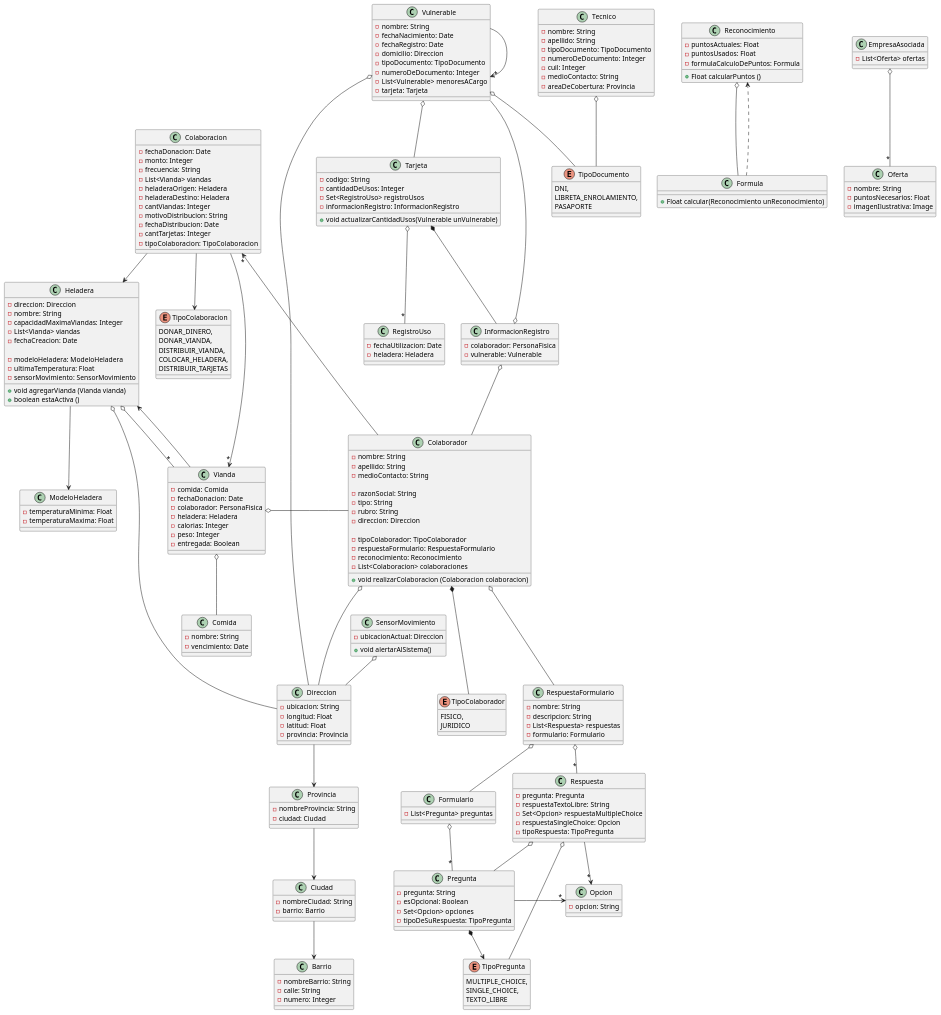
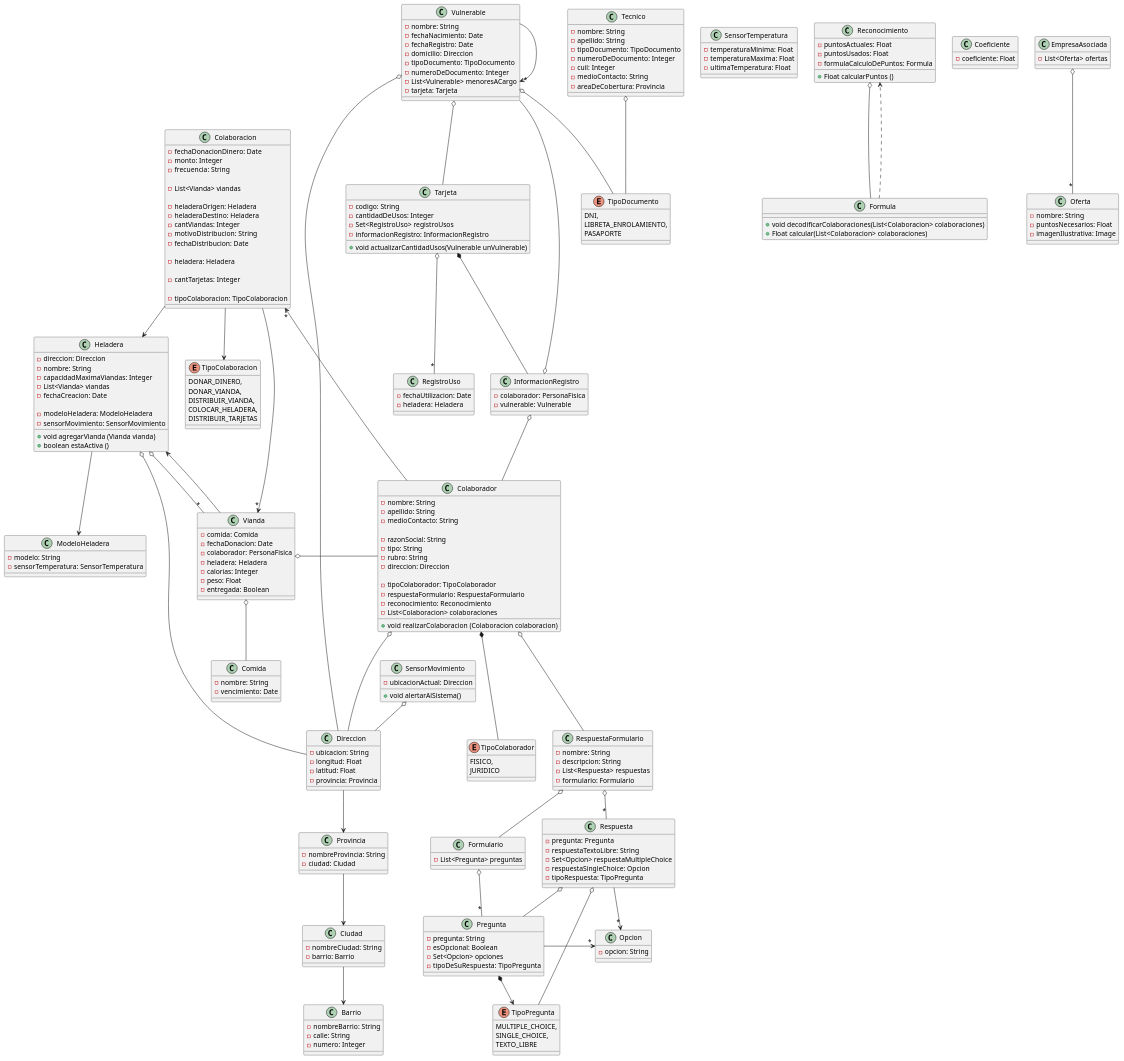
The diagram in diagrams/domain/diagrama-clases.puml (santymendez/tp-dds-2024), drawn with PlantUML before and after one commit. The commit also changed 2 other files, not shown here.

Commit message:
refactor diagrama de clases

```diff
--- a/diagrams/domain/diagrama-clases.puml
+++ b/diagrams/domain/diagrama-clases.puml
@@ -9,9 +8,7 @@
     -List<Vianda> viandas
     -fechaCreacion: Date
 
-    'TODO'
     -modeloHeladera: ModeloHeladera
-    -ultimaTemperatura: Float
     -sensorMovimiento: SensorMovimiento
 
     +void agregarVianda (Vianda vianda)
@@ -47,7 +44,7 @@
     -colaborador: PersonaFisica
     -heladera: Heladera
     -calorias: Integer
-    -peso: Integer
+    -peso: Float
     -entregada: Boolean
 }
 
@@ -129,16 +126,27 @@
 }
 
 class Colaboracion {
-    -fechaDonacion: Date
+    'DONAR_DINERO'
+    -fechaDonacionDinero: Date
     -monto: Integer
     -frecuencia: String
+
+    'DONAR_VIANDA'
     -List<Vianda> viandas
+
+    'DISTRIBUIR_VIANDA'
     -heladeraOrigen: Heladera
     -heladeraDestino: Heladera
     -cantViandas: Integer
     -motivoDistribucion: String
     -fechaDistribucion: Date
+
+    'COLOCAR_HELADERA'
+    -heladera: Heladera
+
+    'DISTRIBUIR_TARJETAS'
     -cantTarjetas: Integer
+
     -tipoColaboracion: TipoColaboracion
 }
 
@@ -153,8 +161,14 @@
 '========================================== Clases de la entrega 2 ============================================='
 
 class ModeloHeladera {
+    -modelo: String
+    -sensorTemperatura: SensorTemperatura
+}
+
+class SensorTemperatura {
     -temperaturaMinima: Float
     -temperaturaMaxima: Float
+    -ultimaTemperatura: Float
 }
 
 class SensorMovimiento {
@@ -163,7 +177,6 @@
     +void alertarAlSistema()
 }
 
-'TODO'
 class Reconocimiento {
     -puntosActuales: Float
     -puntosUsados: Float
@@ -172,8 +185,14 @@
     +Float calcularPuntos ()
 }
 
+'TODO'
 class Formula {
-    +Float calcular(Reconocimiento unReconocimiento)
+    +void decodificarColaboraciones(List<Colaboracion> colaboraciones)
+    +Float calcular(List<Colaboracion> colaboraciones)
+}
+
+class Coeficiente {
+    -coeficiente: Float
 }
 
 class Tarjeta {
@@ -211,7 +230,6 @@
     PASAPORTE
 }
 
-'TODO'
 class EmpresaAsociada {
     -List<Oferta> ofertas
 }
```
